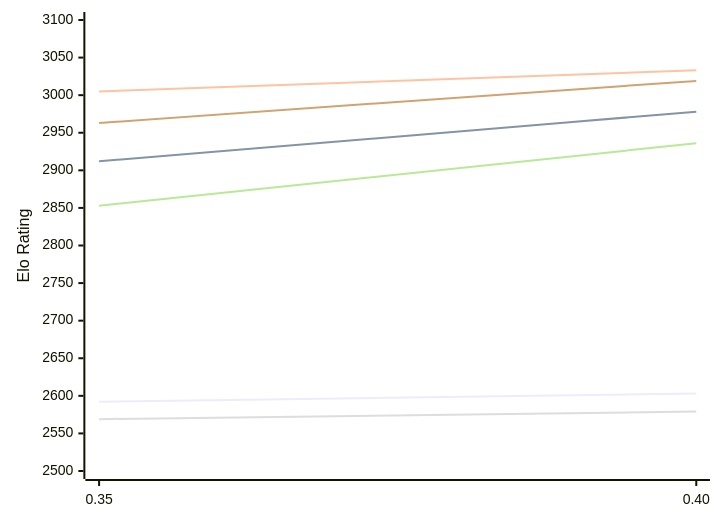
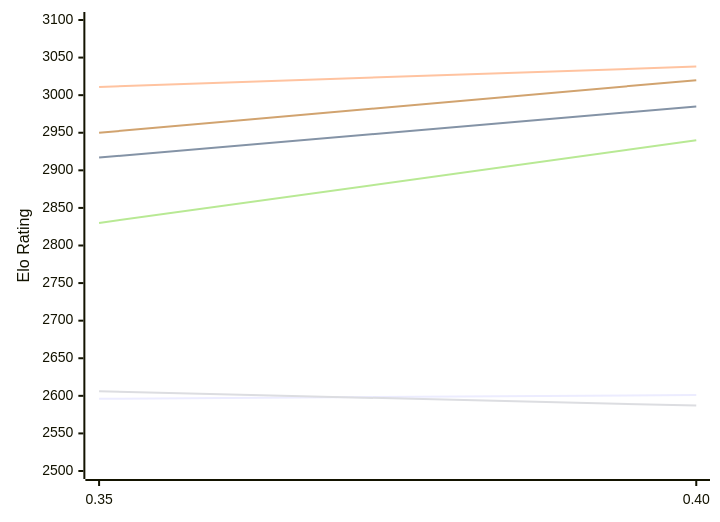
The first of 2 diagrams in engines/Gecko.md (computer-chess-index/cci), drawn with Mermaid before and after one commit. The commit also changed other lines of this file, not shown here.

Commit message:
Update CCI Ratings (ELO VLTC) - 2026-11-20

````diff
--- a/engines/Gecko.md
+++ b/engines/Gecko.md
@@ -54,12 +54,12 @@
 ```mermaid
 %%{init: {"theme":"base","themeVariables":{"seriesColors:['#a3a3a3','#222221','#faa371']}}}%%
 xychart-beta
   x-axis ["0.35", "0.40"]
   y-axis "Elo Rating" 2500 --> 3100
-  line "E1: STC (8.0+0.08s)" [2592, 2603]
-  line "E1: LTC (60.0+0.60s)" [2912, 2978]
-  line "E1: VLTC (2m24s+1.12s)" [3005, 3033]
-  line "P1: STC (8.0+0.08s)" [2569, 2579]
-  line "P1: LTC (60.0+0.60s)" [2853, 2936]
-  line "P1: VLTC (2m24s+1.12s)" [2963, 3019]
+  line "E1: STC (8.0+0.08s)" [2596, 2601]
+  line "E1: LTC (60.0+0.60s)" [2917, 2985]
+  line "E1: VLTC (2m24s+1.12s)" [3011, 3038]
+  line "P1: STC (8.0+0.08s)" [2606, 2587]
+  line "P1: LTC (60.0+0.60s)" [2830, 2940]
+  line "P1: VLTC (2m24s+1.12s)" [2950, 3020]
 ```
````
